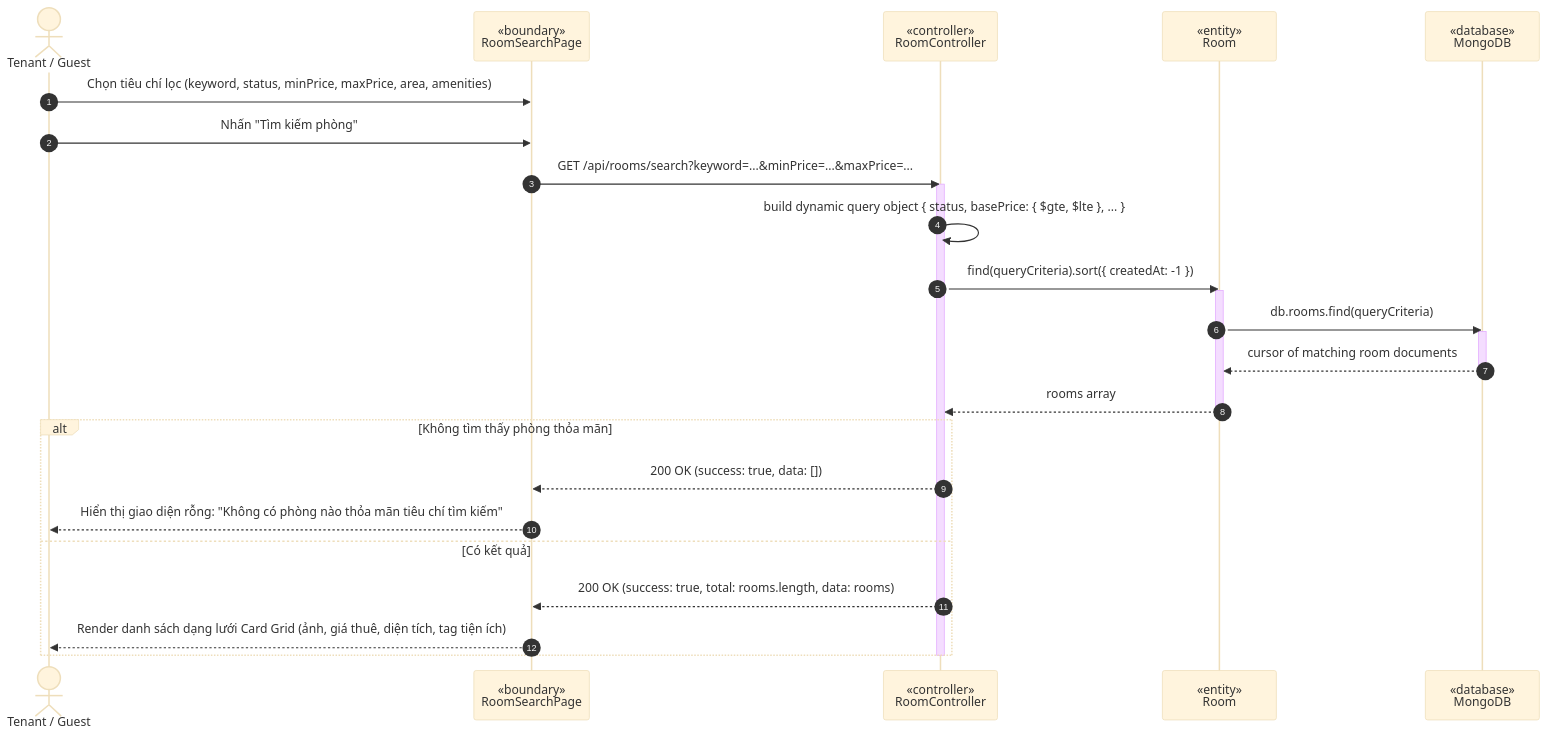
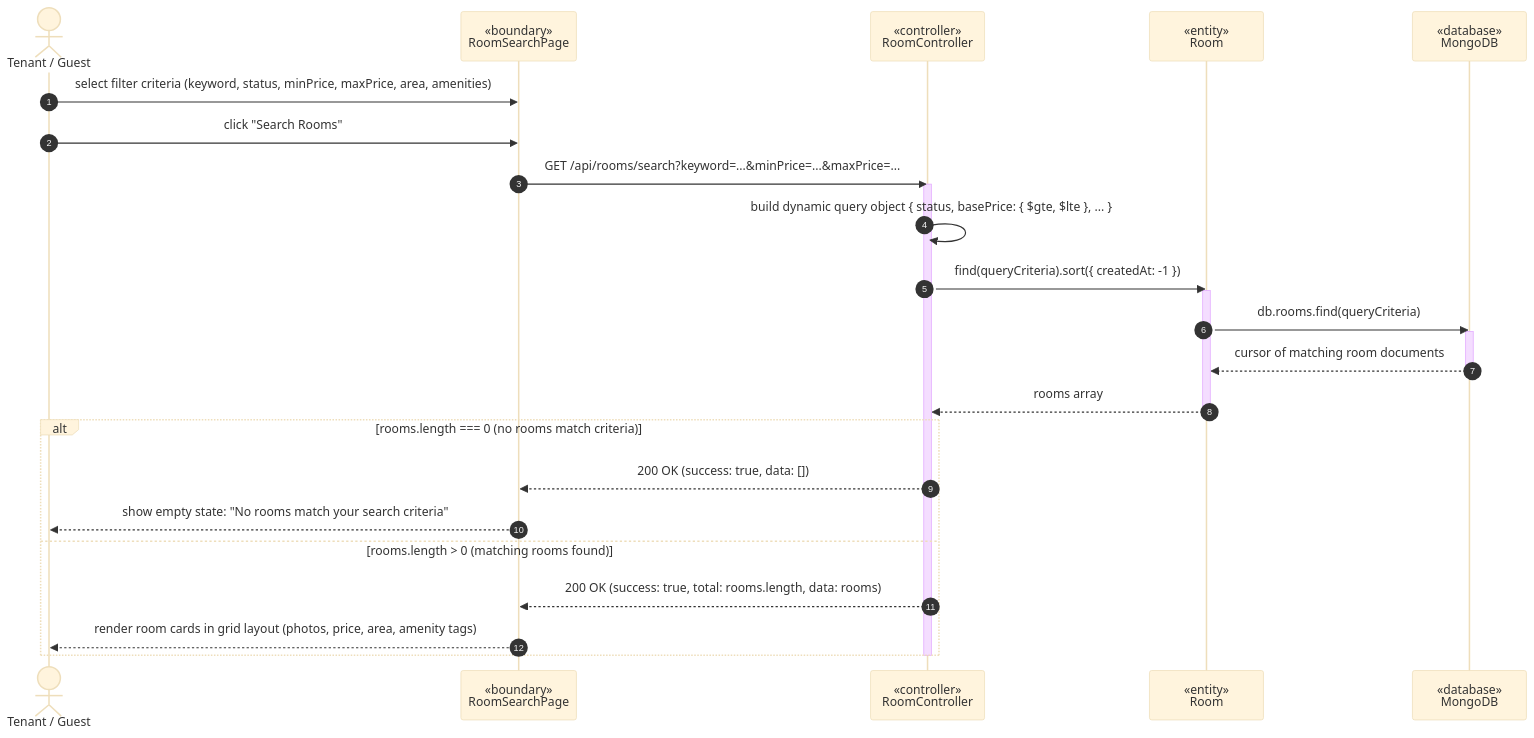
One commit to WanFJava/MotalManagementSystems changed the fifth of 6 diagrams in docs/UML_ROOM_MODULE_QUANG.md. Above: the diagram before and after it, drawn with Mermaid (base theme). The commit also changed other lines of this file and 5 other files, not shown here.

Commit message:
docs(uml): translate all Class and Sequence Diagrams to 100% English

````diff
--- a/docs/UML_ROOM_MODULE_QUANG.md
+++ b/docs/UML_ROOM_MODULE_QUANG.md
@@ -318,31 +321,31 @@
 ```mermaid
 sequenceDiagram
     autonumber
     actor T as Tenant / Guest
     participant UI as «boundary»<br>RoomSearchPage
     participant C as «controller»<br>RoomController
     participant R as «entity»<br>Room
     participant DB as «database»<br>MongoDB
 
-    T->>UI: Chọn tiêu chí lọc (keyword, status, minPrice, maxPrice, area, amenities)
-    T->>UI: Nhấn "Tìm kiếm phòng"
+    T->>UI: select filter criteria (keyword, status, minPrice, maxPrice, area, amenities)
+    T->>UI: click "Search Rooms"
     UI->>C: GET /api/rooms/search?keyword=...&minPrice=...&maxPrice=...
     activate C
     C->>C: build dynamic query object { status, basePrice: { $gte, $lte }, ... }
     C->>R: find(queryCriteria).sort({ createdAt: -1 })
     activate R
     R->>DB: db.rooms.find(queryCriteria)
     activate DB
     DB-->>R: cursor of matching room documents
     deactivate DB
     R-->>C: rooms array
     deactivate R
-    alt Không tìm thấy phòng thỏa mãn
+    alt rooms.length === 0 (no rooms match criteria)
         C-->>UI: 200 OK (success: true, data: [])
-        UI-->>T: Hiển thị giao diện rỗng: "Không có phòng nào thỏa mãn tiêu chí tìm kiếm"
-    else Có kết quả
+        UI-->>T: show empty state: "No rooms match your search criteria"
+    else rooms.length > 0 (matching rooms found)
         C-->>UI: 200 OK (success: true, total: rooms.length, data: rooms)
-        UI-->>T: Render danh sách dạng lưới Card Grid (ảnh, giá thuê, diện tích, tag tiện ích)
+        UI-->>T: render room cards in grid layout (photos, price, area, amenity tags)
     end
     deactivate C
 ```
````
